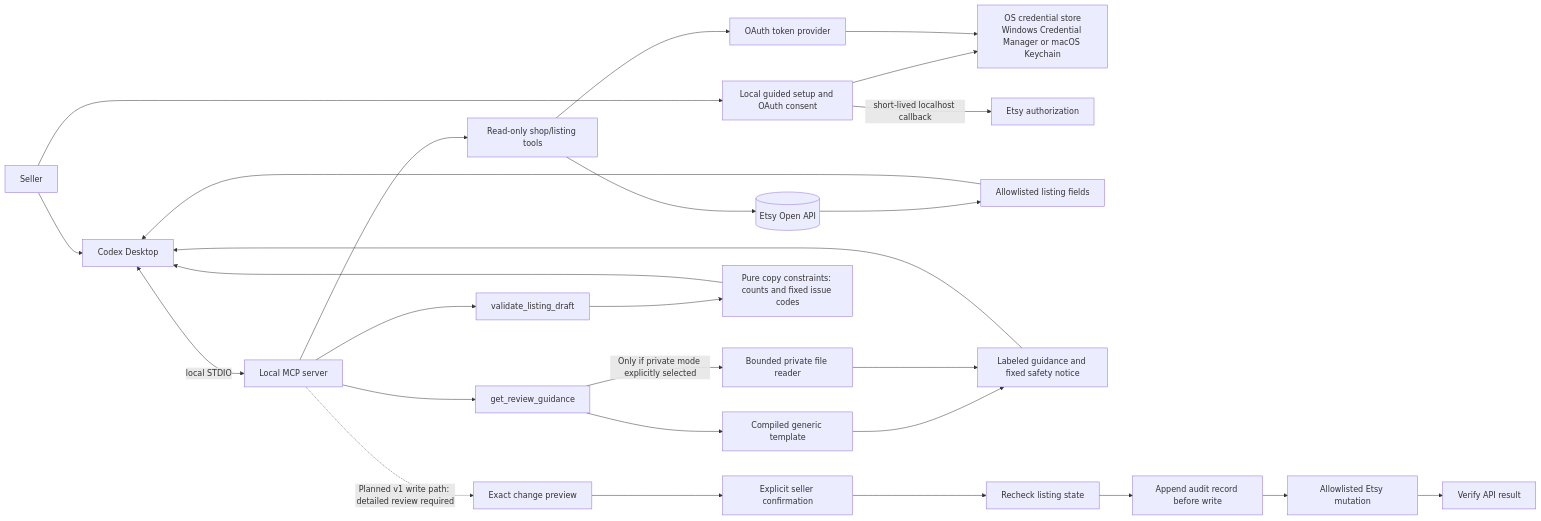
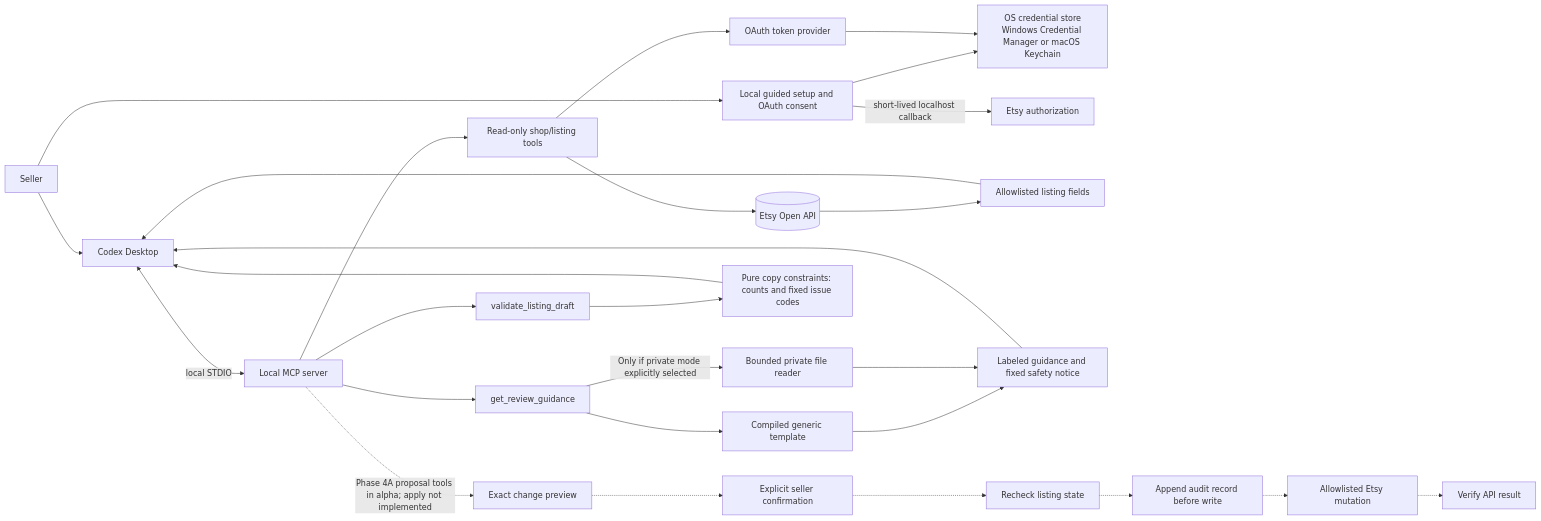
Before and after one commit to stevenfarmer/etsySellerAssistant: the second of 3 diagrams in docs/architecture.md, drawn with Mermaid. The commit also changed other lines of this file and 16 other files, not shown here.

````diff
--- a/docs/architecture.md
+++ b/docs/architecture.md
@@ -35,29 +35,29 @@
 ```mermaid
 flowchart LR
   seller[Seller] --> setup[Local guided setup and OAuth consent]
   setup --> store[OS credential store<br/>Windows Credential Manager or macOS Keychain]
   setup -->|short-lived localhost callback| etsyAuth[Etsy authorization]
   seller --> codex[Codex Desktop]
   codex <-->|local STDIO| mcp[Local MCP server]
   mcp --> readTools[Read-only shop/listing tools]
   readTools --> oauth[OAuth token provider]
   oauth --> store
   readTools --> api[(Etsy Open API)]
   api --> allowlist[Allowlisted listing fields]
   allowlist --> codex
   mcp --> guidance[get_review_guidance]
   guidance --> generic[Compiled generic template]
   guidance -->|Only if private mode explicitly selected| private[Bounded private file reader]
   generic --> labeled[Labeled guidance and fixed safety notice]
   private --> labeled
   labeled --> codex
   mcp --> preflight[validate_listing_draft]
   preflight --> checks[Pure copy constraints: counts and fixed issue codes]
   checks --> codex
-  mcp -. "Planned v1 write path: detailed review required" .-> preview[Exact change preview]
-  preview --> confirm[Explicit seller confirmation]
-  confirm --> stale[Recheck listing state]
-  stale --> audit[Append audit record before write]
-  audit --> write[Allowlisted Etsy mutation]
-  write --> verify[Verify API result]
+  mcp -. "Phase 4A proposal tools in alpha; apply not implemented" .-> preview[Exact change preview]
+  preview -.-> confirm[Explicit seller confirmation]
+  confirm -.-> stale[Recheck listing state]
+  stale -.-> audit[Append audit record before write]
+  audit -.-> write[Allowlisted Etsy mutation]
+  write -.-> verify[Verify API result]
 ```
````
